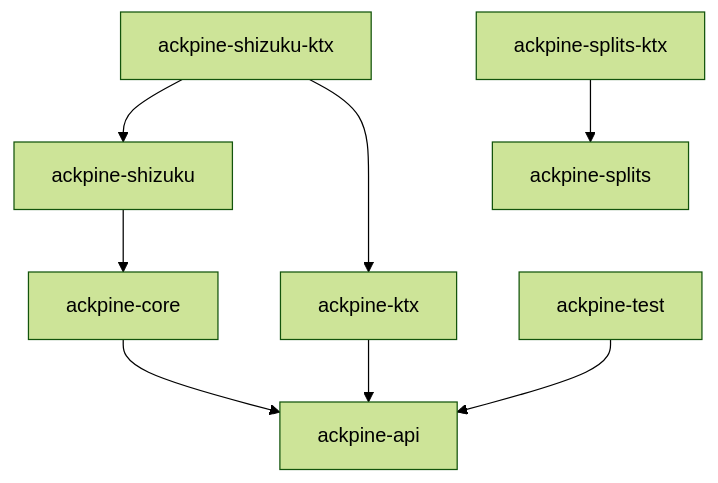
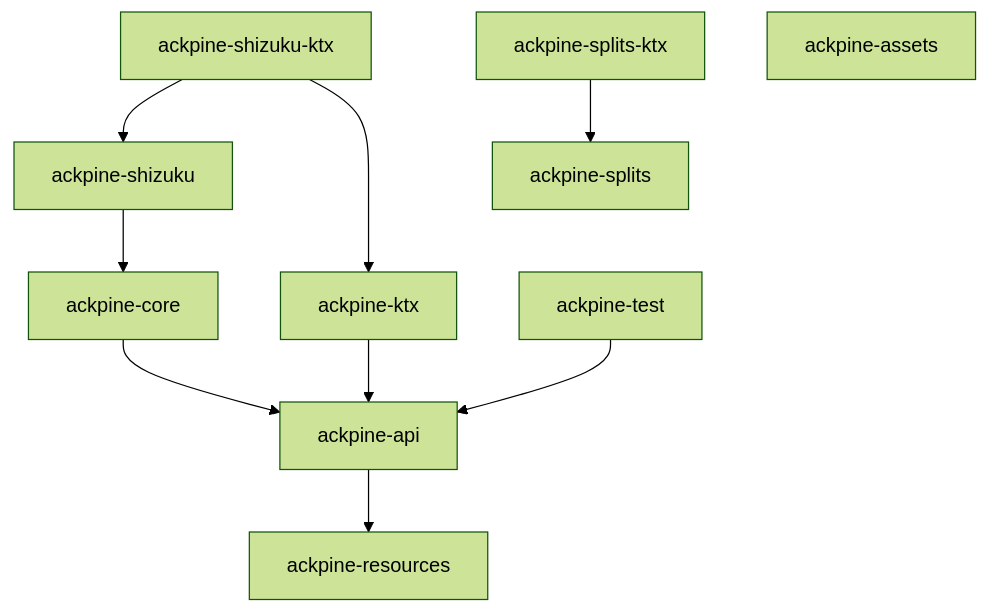
The second of 2 diagrams in docs/architecture.md (solrudev/Ackpine), drawn with Mermaid (forest theme) before and after one commit. The commit also changed other lines of this file and 3 other files, not shown here.

````diff
--- a/docs/architecture.md
+++ b/docs/architecture.md
@@ -80,10 +80,12 @@
 ```mermaid
 graph TD
+    ackpine-api --> ackpine-resources
     ackpine-core --> ackpine-api
     ackpine-ktx --> ackpine-api
     ackpine-test --> ackpine-api
     ackpine-shizuku --> ackpine-core
     ackpine-shizuku-ktx --> ackpine-shizuku
     ackpine-shizuku-ktx --> ackpine-ktx
     ackpine-splits-ktx --> ackpine-splits
+    ackpine-assets
 ```
````
